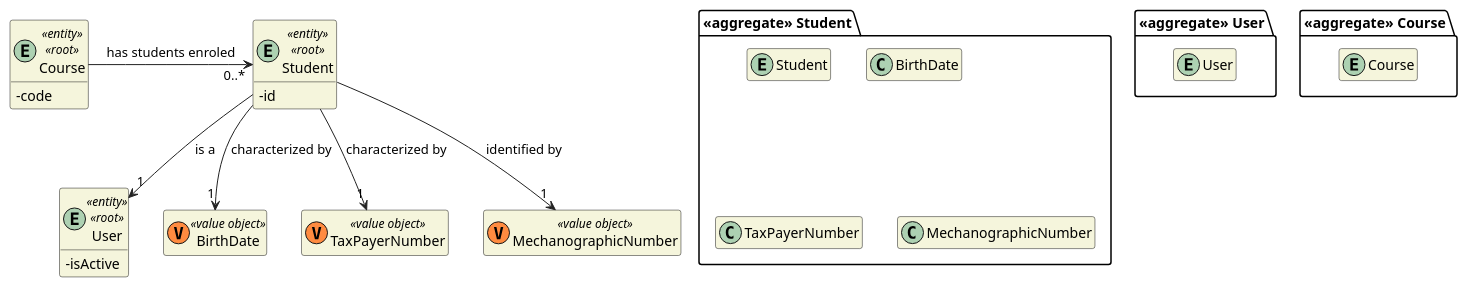
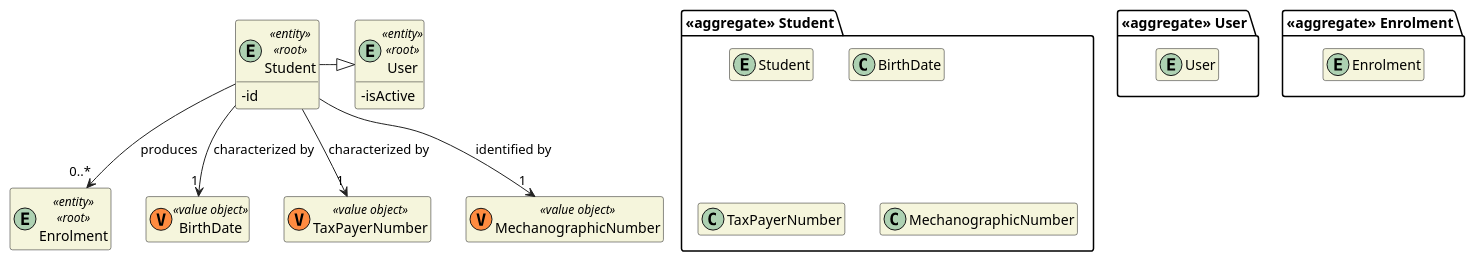
The diagram in docs/DM/DM_Student.puml (miseEnPlace-dev/lapr4), drawn with PlantUML before and after one commit. The commit also changed 7 other files, not shown here.

```diff
--- a/docs/DM/DM_Student.puml
+++ b/docs/DM/DM_Student.puml
@@ -1,50 +1,49 @@
 @startuml DM-STUDENT
 'https://plantuml.com/class-diagram
 
 skinparam classAttributeIconSize 0
 hide empty attributes
 hide empty methods
 skinparam classBackgroundColor beige
 skinparam ArrowColor #222222
 
 package "<<aggregate>> User" {
     entity User
 }
 
 entity User <<entity>> <<root>> {
     - isActive
 }
 
-package "<<aggregate>> Course" {
-    entity Course
+package "<<aggregate>> Enrolment" {
+    entity Enrolment
 }
 
-entity Course <<entity>> <<root>> {
-    - code
+entity Enrolment <<entity>> <<root>> {
 }
 
 package "<<aggregate>> Student" {
     entity Student
 
     class BirthDate
     class TaxPayerNumber
     class MechanographicNumber
 }
 
 entity Student <<entity>> <<root>> {
   -id
 }
 
 class BirthDate <<(V,#FF8B40) value object>> {}
 class TaxPayerNumber <<(V,#FF8B40) value object>> {}
 class MechanographicNumber <<(V,#FF8B40) value object>> {}
 
 Student --> "1" BirthDate : characterized by
 Student --> "1" TaxPayerNumber : characterized by
 Student --> "1" MechanographicNumber : identified by
 
-Student --> "1" User : is a
+Student -|> User
 
-Course -> "0..*" Student : has students enroled
+Student --> "0..*" Enrolment : produces
 
 @enduml
```
